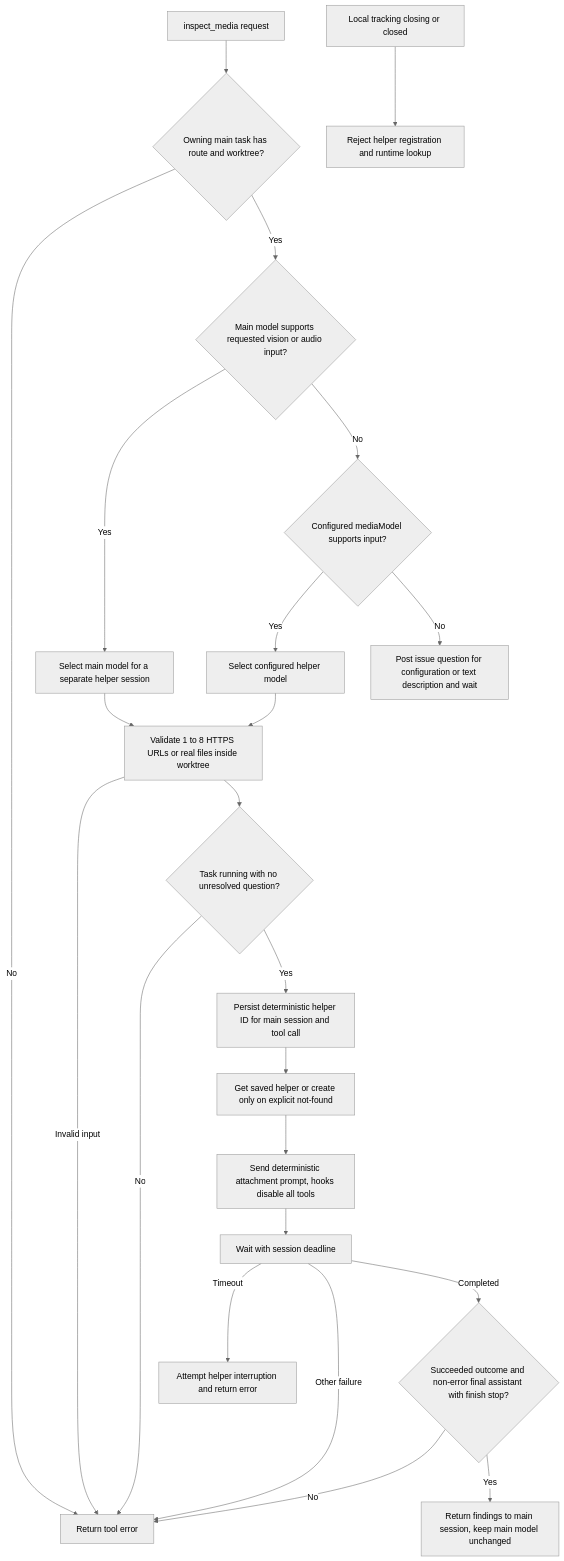
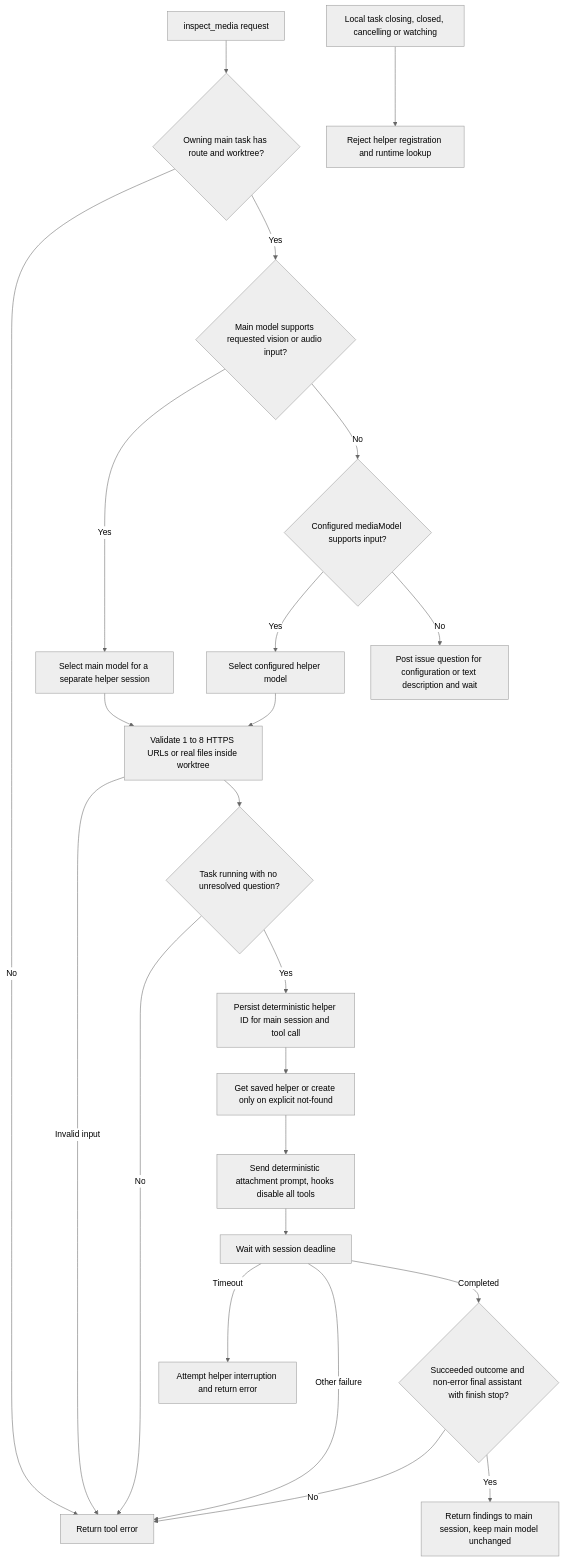
Before and after one commit to d3cker/opencode2-github-automation: the fifth of 8 diagrams in docs/bot-workflow.md, drawn with Mermaid (neutral theme). The commit also changed other lines of this file and 22 other files, not shown here.

````diff
--- a/docs/bot-workflow.md
+++ b/docs/bot-workflow.md
@@ -378,25 +391,25 @@
 ```mermaid
 flowchart TD
     Call[inspect_media request] --> MainTask{Owning main task has route and worktree?}
     MainTask -->|No| Error[Return tool error]
     MainTask -->|Yes| Cap{Main model supports requested vision or audio input?}
     Cap -->|Yes| Main[Select main model for a separate helper session]
     Cap -->|No| Other{Configured mediaModel supports input?}
     Other -->|Yes| Helper[Select configured helper model]
     Other -->|No| Ask[Post issue question for configuration or text description and wait]
     Main --> Files[Validate 1 to 8 HTTPS URLs or real files inside worktree]
     Helper --> Files
     Files -->|Invalid input| Error
     Files --> Guard{Task running with no unresolved question?}
     Guard -->|No| Error
     Guard -->|Yes| ID[Persist deterministic helper ID for main session and tool call]
     ID --> Session[Get saved helper or create only on explicit not-found]
     Session --> Prompt[Send deterministic attachment prompt, hooks disable all tools]
     Prompt --> Wait[Wait with session deadline]
     Wait -->|Timeout| Interrupt[Attempt helper interruption and return error]
     Wait -->|Other failure| Error
     Wait -->|Completed| Result{Succeeded outcome and non-error final assistant with finish stop?}
     Result -->|No| Error
     Result -->|Yes| Return[Return findings to main session, keep main model unchanged]
-    Closing[Local tracking closing or closed] --> Deny[Reject helper registration and runtime lookup]
+    Closing[Local task closing, closed, cancelling or watching] --> Deny[Reject helper registration and runtime lookup]
 ```
````
